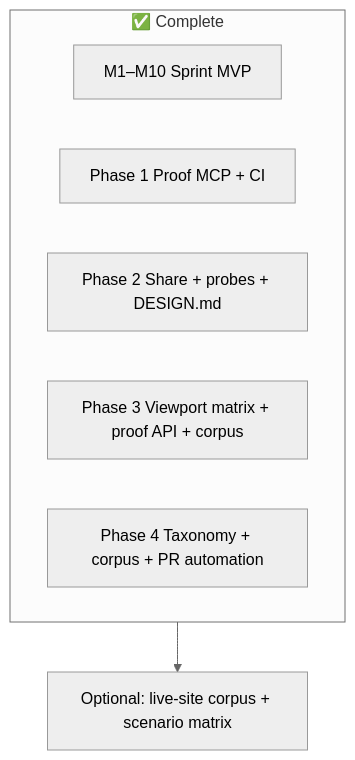
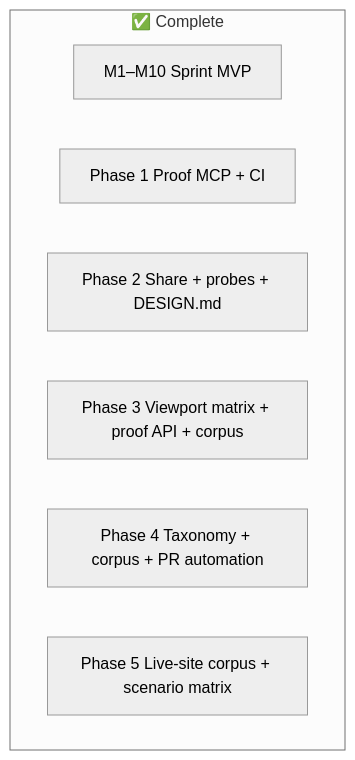
The diagram in PLAN.md (ashishpatill/tell-proof), drawn with Mermaid (neutral theme) before and after one commit. The commit also changed other lines of this file, not shown here.

Commit message:
docs: close Phase 5 checklist with goal and loop prompts

````diff
--- a/PLAN.md
+++ b/PLAN.md
@@ -14,12 +14,11 @@
 ```mermaid
 flowchart TB
   subgraph done["✅ Complete"]
     M1[M1–M10 Sprint MVP]
     P1[Phase 1 Proof MCP + CI]
     P2[Phase 2 Share + probes + DESIGN.md]
     P3[Phase 3 Viewport matrix + proof API + corpus]
     P4[Phase 4 Taxonomy + corpus + PR automation]
+    P5[Phase 5 Live-site corpus + scenario matrix]
   end
-
-  done --> Optional[Optional: live-site corpus + scenario matrix]
 ```
````
